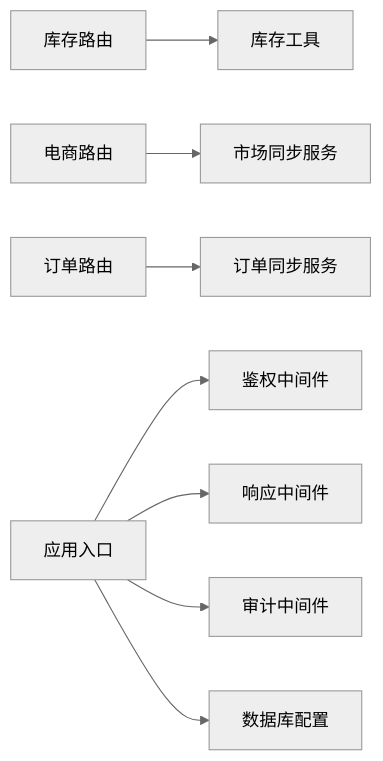
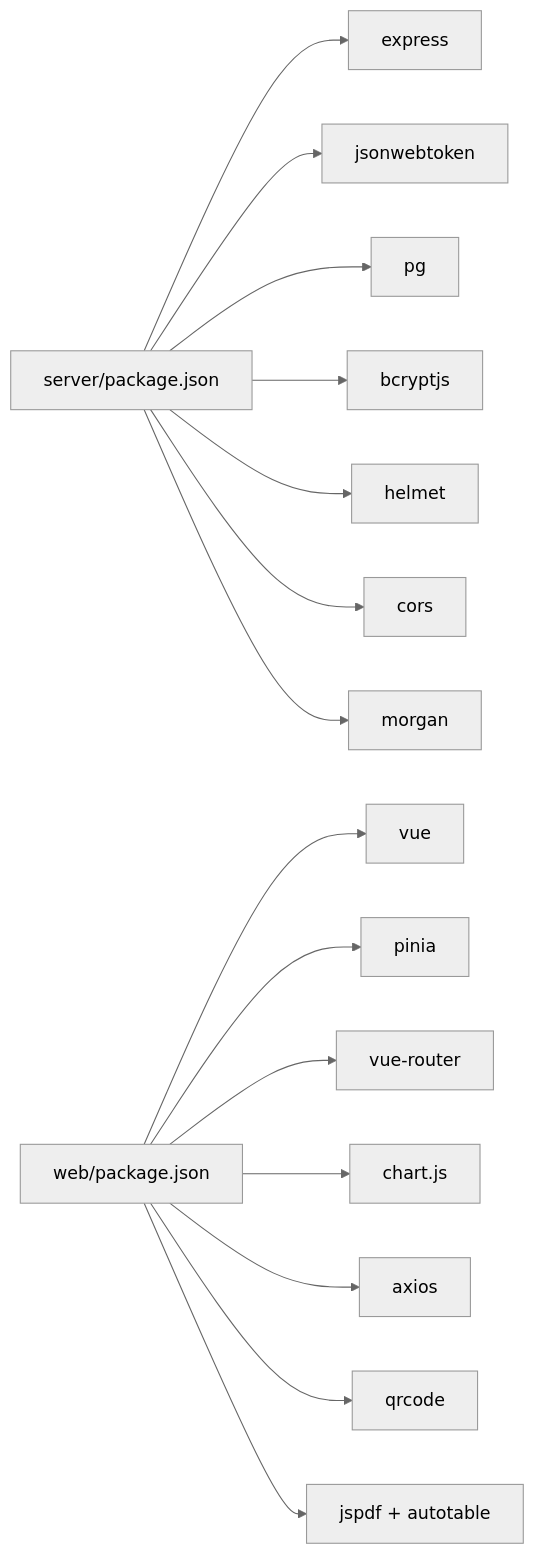
The ninth of 9 diagrams in .qoder/repowiki/zh/content/核心功能模块/核心功能模块.md (Juny09/inventory_system), drawn with Mermaid (neutral theme) before and after one commit. The commit also changed other lines of this file and 171 other files, not shown here.

````diff
--- a/.qoder/repowiki/zh/content/核心功能模块/核心功能模块.md
+++ b/.qoder/repowiki/zh/content/核心功能模块/核心功能模块.md
@@ -340,10 +344,17 @@
 ```mermaid
 graph LR
-INV_R["库存路由"] --> INV_U["库存工具"]
-MP_R["电商路由"] --> MPS_S["市场同步服务"]
-ORD_R["订单路由"] --> ORS_S["订单同步服务"]
-APP["应用入口"] --> AUTH_M["鉴权中间件"]
-APP --> RESP_M["响应中间件"]
-APP --> AUDIT_M["审计中间件"]
-APP --> DB_C["数据库配置"]
+PkgS["server/package.json"] --> Express["express"]
+PkgS --> JWT["jsonwebtoken"]
+PkgS --> PG["pg"]
+PkgS --> Bcrypt["bcryptjs"]
+PkgS --> Helmet["helmet"]
+PkgS --> Cors["cors"]
+PkgS --> Morgan["morgan"]
+PkgW["web/package.json"] --> Vue["vue"]
+PkgW --> Pinia["pinia"]
+PkgW --> Router["vue-router"]
+PkgW --> Chart["chart.js"]
+PkgW --> Axios["axios"]
+PkgW --> QR["qrcode"]
+PkgW --> PDF["jspdf + autotable"]
 ```
````
